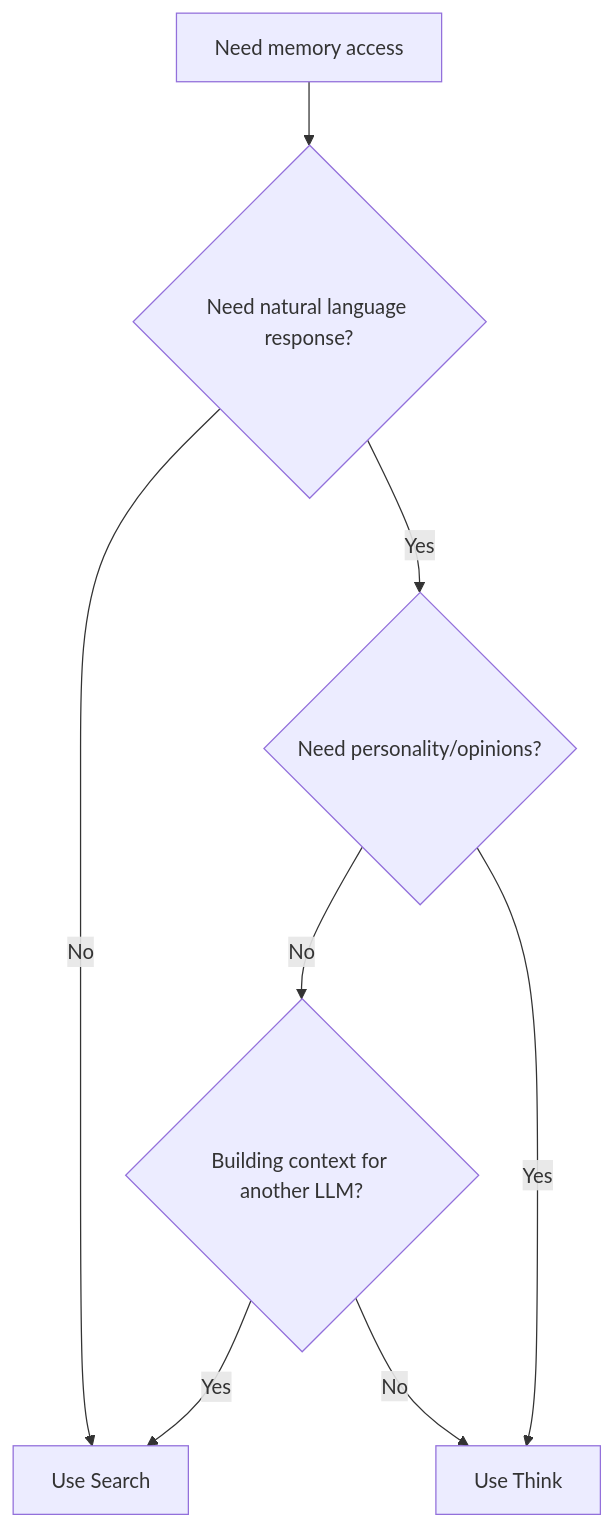
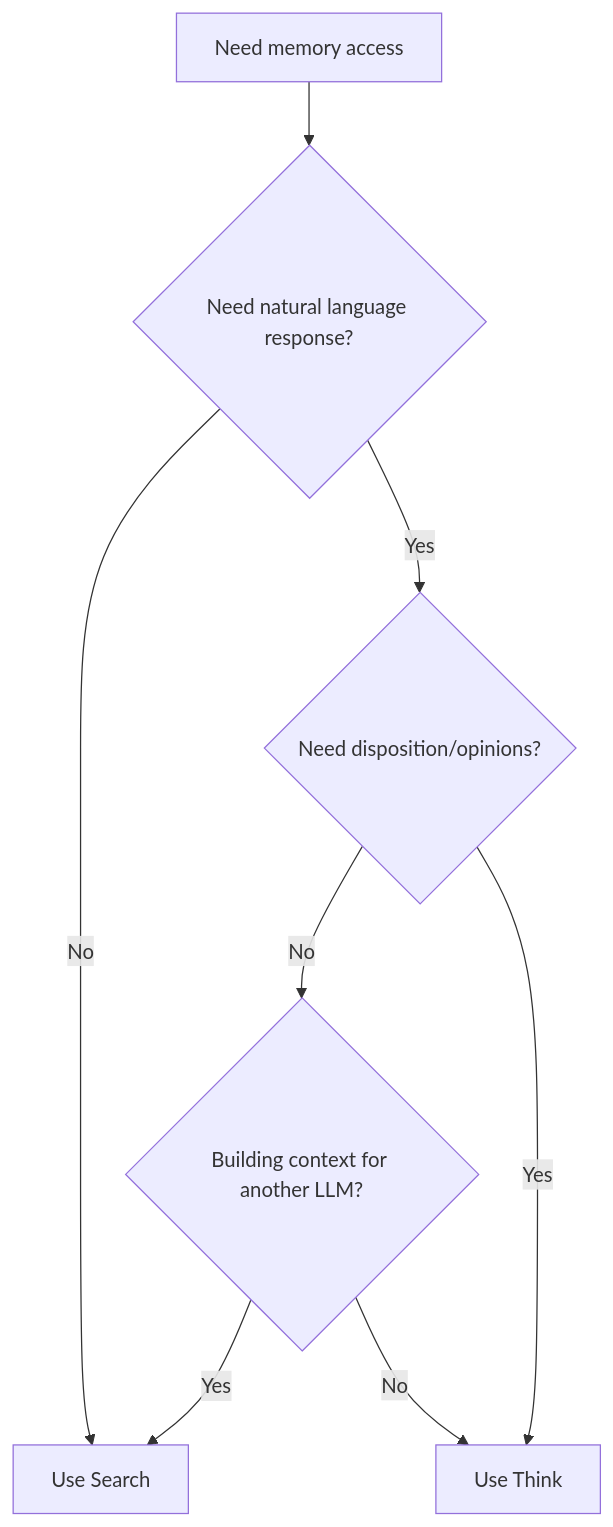
Before and after one commit to karljsamuel/hindsight: the second of 2 diagrams in hindsight-docs/docs/developer/api/think-vs-search.md, drawn with Mermaid. The commit also changed other lines of this file and 92 other files, not shown here.

````diff
--- a/hindsight-docs/docs/developer/api/think-vs-search.md
+++ b/hindsight-docs/docs/developer/api/think-vs-search.md
@@ -130,10 +130,10 @@
 ```mermaid
 graph TD
     A[Need memory access] --> B{Need natural language response?}
     B -->|No| C[Use Search]
-    B -->|Yes| D{Need personality/opinions?}
+    B -->|Yes| D{Need disposition/opinions?}
     D -->|No| E{Building context for another LLM?}
     E -->|Yes| C
     E -->|No| F[Use Think]
     D -->|Yes| F
 ```
````
